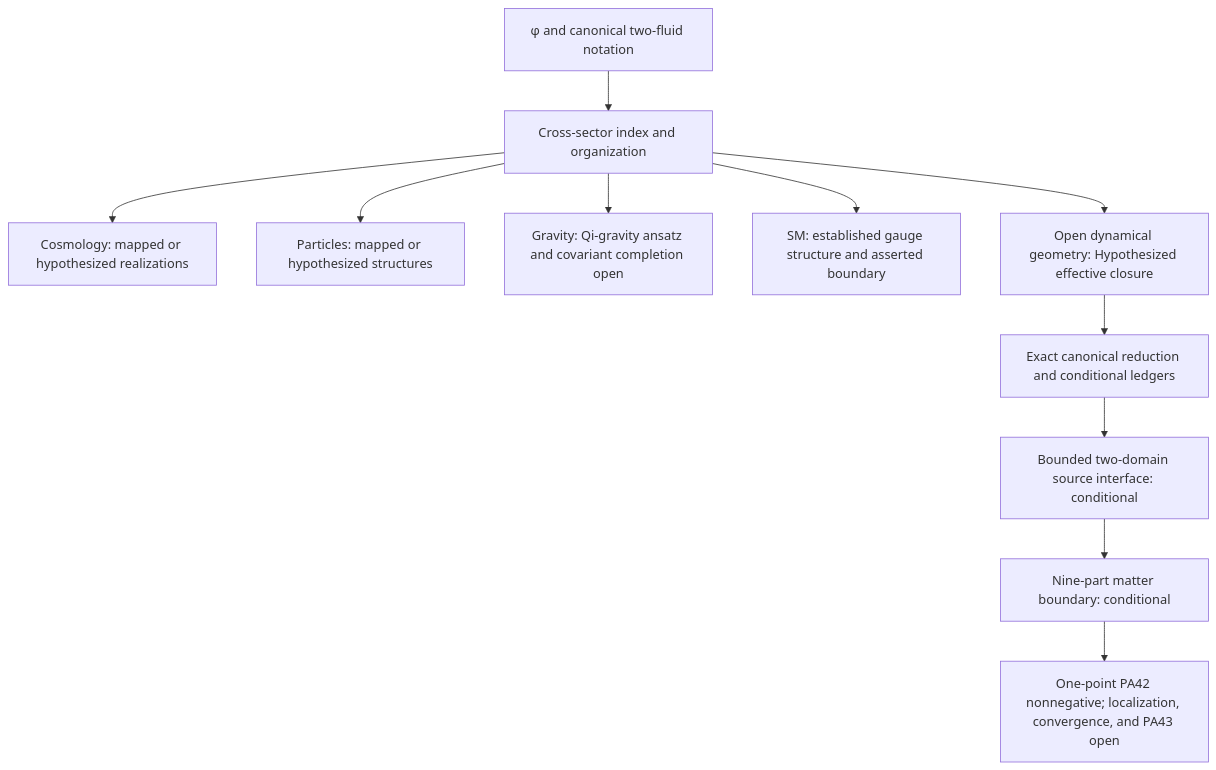
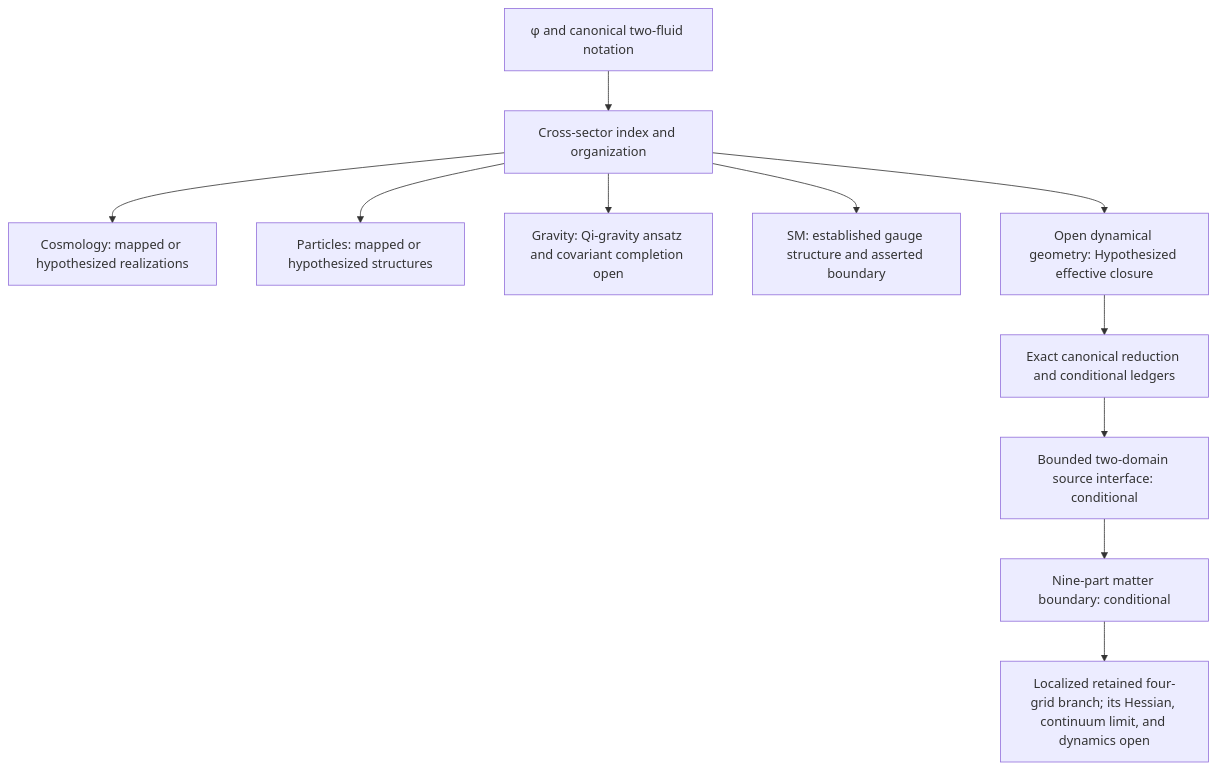
One commit to CassiTheOracle/cassi changed diagram 28 of 37 in CassiTheory/open-questions-cassi-answers.md. Above: the diagram before and after it, drawn with Mermaid. The commit also changed other lines of this file and 20 other files, not shown here.

````diff
--- a/CassiTheory/open-questions-cassi-answers.md
+++ b/CassiTheory/open-questions-cassi-answers.md
@@ -1131,13 +1138,13 @@
 ```mermaid
 flowchart TD
     A[φ and canonical two-fluid notation] --> B[Cross-sector index and organization]
     B --> C[Cosmology: mapped or hypothesized realizations]
     B --> D[Particles: mapped or hypothesized structures]
     B --> E[Gravity: Qi-gravity ansatz and covariant completion open]
     B --> F[SM: established gauge structure and asserted boundary]
     B --> H[Open dynamical geometry: Hypothesized effective closure]
     H --> I[Exact canonical reduction and conditional ledgers]
     I --> J[Bounded two-domain source interface: conditional]
     J --> K[Nine-part matter boundary: conditional]
-    K --> G[One-point PA42 nonnegative; localization, convergence, and PA43 open]
+    K --> G[Localized retained four-grid branch; its Hessian, continuum limit, and dynamics open]
 ```
````
